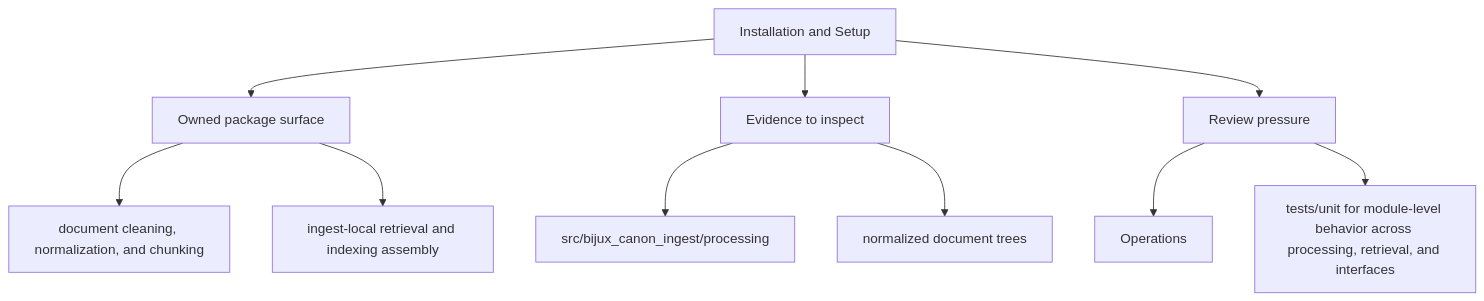
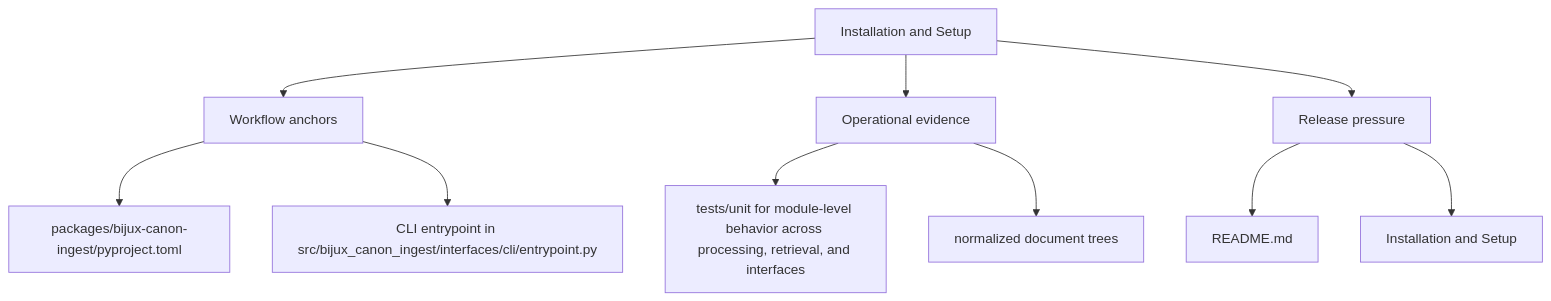
One commit to bijux/bijux-canon changed the second of 2 diagrams in docs/bijux-canon-ingest/operations/installation-and-setup.md. Above: the diagram before and after it, drawn with Mermaid. The commit also changed other lines of this file and 250 other files, not shown here.

Commit message:
docs(diagrams): make product page maps more readable

````diff
--- a/docs/bijux-canon-ingest/operations/installation-and-setup.md
+++ b/docs/bijux-canon-ingest/operations/installation-and-setup.md
@@ -35,22 +35,22 @@
 ```mermaid
 flowchart TD
     page["Installation and Setup"]
-    focus1["Owned package surface"]
+    focus1["Workflow anchors"]
     page --> focus1
-    focus1_1["document cleaning, normalization, and chunking"]
+    focus1_1["packages/bijux-canon-ingest/pyproject.toml"]
     focus1 --> focus1_1
-    focus1_2["ingest-local retrieval and indexing assembly"]
+    focus1_2["CLI entrypoint in src/bijux_canon_ingest/interfaces/cli/entrypoint.py"]
     focus1 --> focus1_2
-    focus2["Evidence to inspect"]
+    focus2["Operational evidence"]
     page --> focus2
-    focus2_1["src/bijux_canon_ingest/processing"]
+    focus2_1["tests/unit for module-level behavior across processing, retrieval, and interfaces"]
     focus2 --> focus2_1
     focus2_2["normalized document trees"]
     focus2 --> focus2_2
-    focus3["Review pressure"]
+    focus3["Release pressure"]
     page --> focus3
-    focus3_1["Operations"]
+    focus3_1["README.md"]
     focus3 --> focus3_1
-    focus3_2["tests/unit for module-level behavior across processing, retrieval, and interfaces"]
+    focus3_2["Installation and Setup"]
     focus3 --> focus3_2
 ```
````
